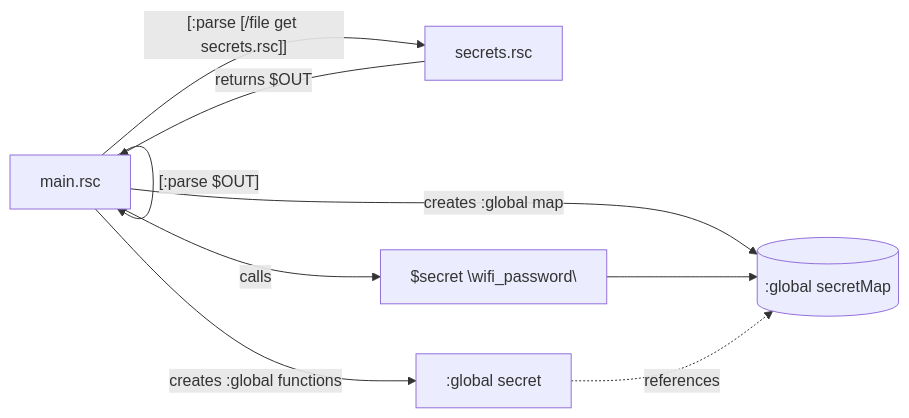
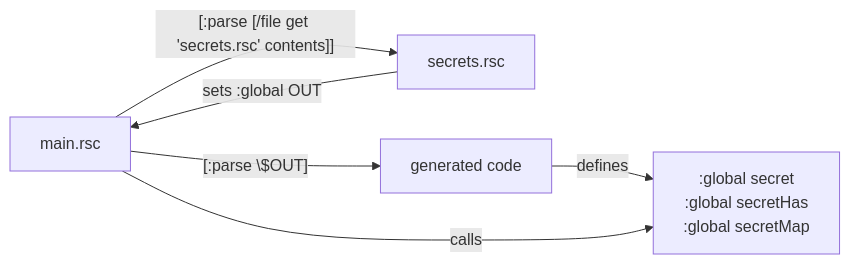
The diagram in README.md (bpopovych/secjector), drawn with Mermaid before and after one commit. The commit also changed other lines of this file and 5 other files, not shown here.

````diff
--- a/README.md
+++ b/README.md
@@ -109,11 +99,8 @@
 ```mermaid
 flowchart LR
-  A[main.rsc] -->|"[:parse [/file get secrets.rsc]]"| B[secrets.rsc]
-  B -->|"returns $OUT"| A
-  A -->|"[:parse $OUT]"| A
-  A -->|"creates :global functions"| E[:global secret]
-  A -->|"creates :global map"| D[(:global secretMap)]
-  A -->|calls| C["$secret \"wifi_password\""]
-  C --> D
-  E -.references.-> D
+  A[main.rsc] -->|"[:parse [/file get 'secrets.rsc' contents]]"| B[secrets.rsc]
+  B -->|"sets :global OUT"| A
+  A -->|"[:parse \$OUT]"| C[generated code]
+  C -->|"defines"| D[":global secret\n:global secretHas\n:global secretMap"]
+  A -->|calls| D
 ```
````
